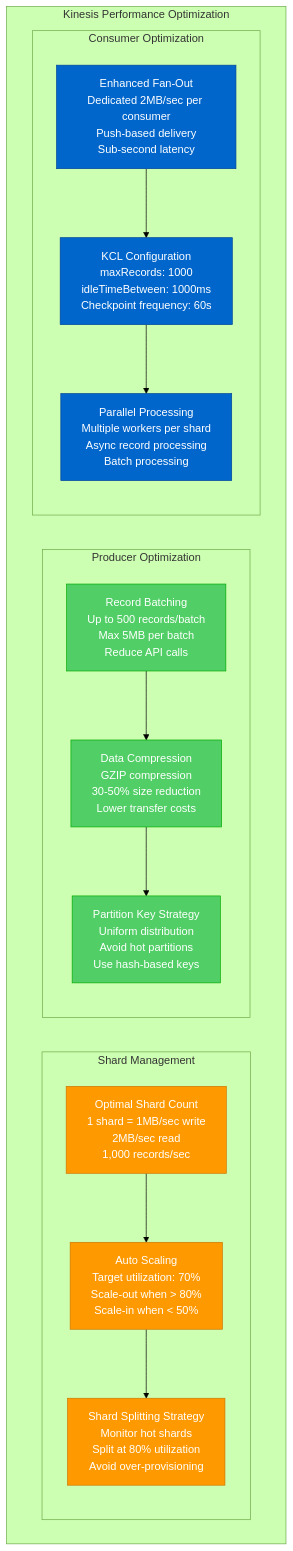
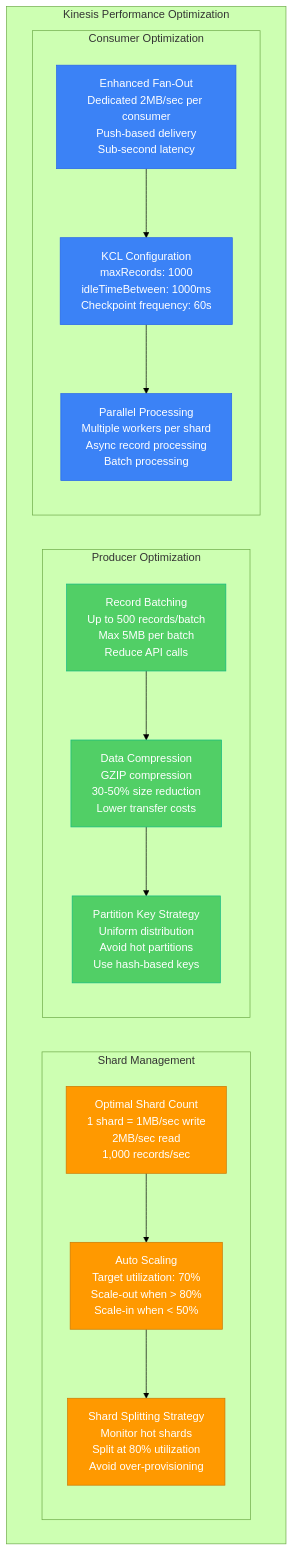
One commit to deepaucksharma/DS changed the fifth of 7 diagrams in site/docs/migrations/kafka-to-kinesis.md. Above: the diagram before and after it, drawn with Mermaid (forest theme). The commit also changed other lines of this file and 303 other files, not shown here.

````diff
--- a/site/docs/migrations/kafka-to-kinesis.md
+++ b/site/docs/migrations/kafka-to-kinesis.md
@@ -509,44 +509,44 @@
 ```mermaid
 graph TB
     subgraph "Kinesis Performance Optimization"
         subgraph "Shard Management"
             SHARD_COUNT[Optimal Shard Count<br/>1 shard = 1MB/sec write<br/>2MB/sec read<br/>1,000 records/sec]
 
             AUTO_SCALE[Auto Scaling<br/>Target utilization: 70%<br/>Scale-out when > 80%<br/>Scale-in when < 50%]
 
             SHARD_SPLIT[Shard Splitting Strategy<br/>Monitor hot shards<br/>Split at 80% utilization<br/>Avoid over-provisioning]
         end
 
         subgraph "Producer Optimization"
             BATCHING[Record Batching<br/>Up to 500 records/batch<br/>Max 5MB per batch<br/>Reduce API calls]
 
             COMPRESSION[Data Compression<br/>GZIP compression<br/>30-50% size reduction<br/>Lower transfer costs]
 
             PARTITION_KEY[Partition Key Strategy<br/>Uniform distribution<br/>Avoid hot partitions<br/>Use hash-based keys]
         end
 
         subgraph "Consumer Optimization"
             ENHANCED_FANOUT[Enhanced Fan-Out<br/>Dedicated 2MB/sec per consumer<br/>Push-based delivery<br/>Sub-second latency]
 
             KCL_TUNING[KCL Configuration<br/>maxRecords: 1000<br/>idleTimeBetween: 1000ms<br/>Checkpoint frequency: 60s]
 
             PARALLEL_PROCESSING[Parallel Processing<br/>Multiple workers per shard<br/>Async record processing<br/>Batch processing]
         end
     end
 
     SHARD_COUNT --> AUTO_SCALE
     AUTO_SCALE --> SHARD_SPLIT
     BATCHING --> COMPRESSION
     COMPRESSION --> PARTITION_KEY
     ENHANCED_FANOUT --> KCL_TUNING
     KCL_TUNING --> PARALLEL_PROCESSING
 
     %% Apply colors
-    classDef optimizationStyle fill:#51CF66,stroke:#00AA00,color:#fff
+    classDef optimizationStyle fill:#51CF66,stroke:#10B981,color:#fff
     classDef shardStyle fill:#FF9900,stroke:#CC7700,color:#fff
-    classDef consumerStyle fill:#0066CC,stroke:#004499,color:#fff
+    classDef consumerStyle fill:#3B82F6,stroke:#2563EB,color:#fff
 
     class SHARD_COUNT,AUTO_SCALE,SHARD_SPLIT shardStyle
     class BATCHING,COMPRESSION,PARTITION_KEY optimizationStyle
     class ENHANCED_FANOUT,KCL_TUNING,PARALLEL_PROCESSING consumerStyle
 ```
````
